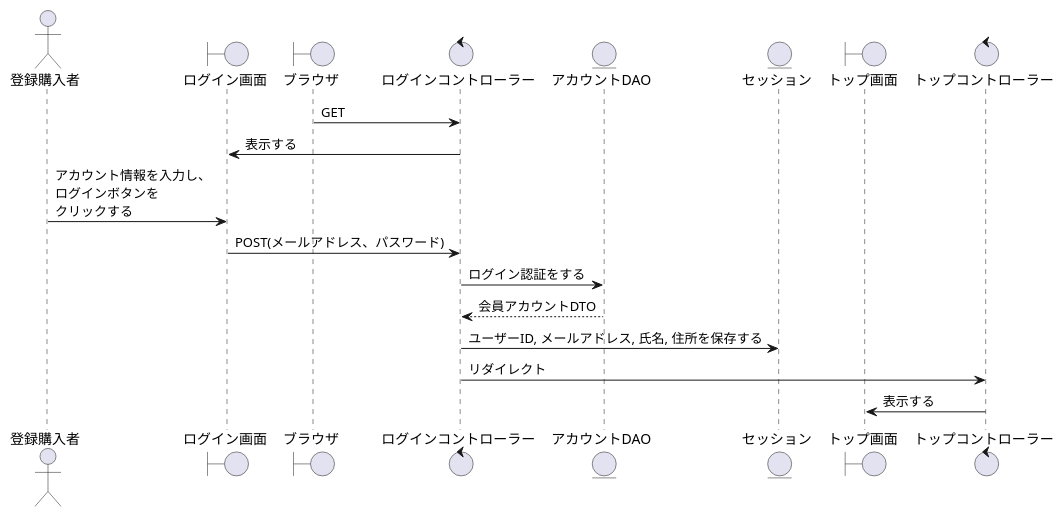
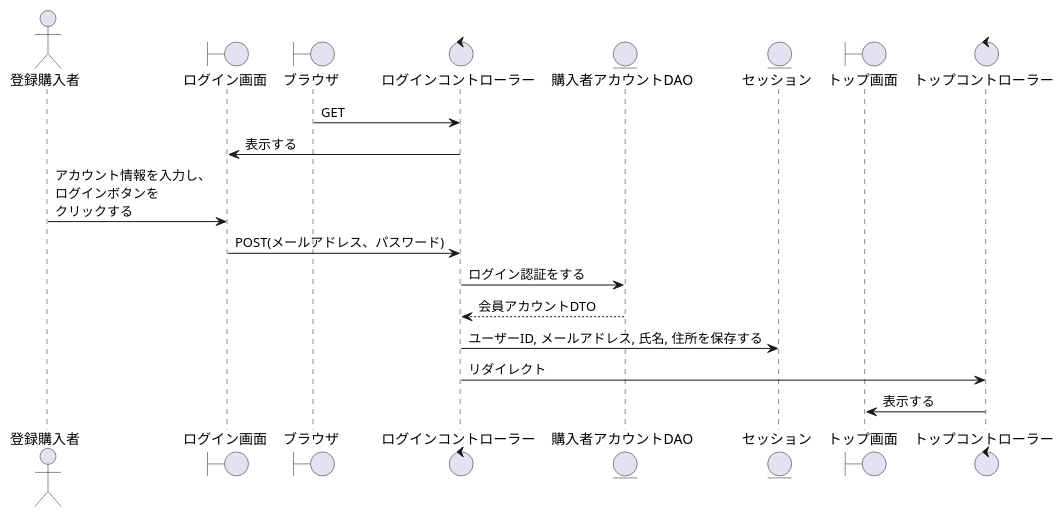
Before and after one commit to SK-B-S/PJ: the diagram in PJ_シーケンス/購入者/ログイン.wsd, drawn with PlantUML. The commit also changed 6 other files, not shown here.

```diff
--- a/PJ_シーケンス/購入者/ログイン.wsd
+++ b/PJ_シーケンス/購入者/ログイン.wsd
@@ -1,23 +1,23 @@
 @startuml ログイン
 
 actor    "登録購入者" as act
 boundary "ログイン画面" as Login
 boundary "ブラウザ" as brz
 control  "ログインコントローラー" as Approval_c
-entity   "アカウントDAO" as Account
+entity   "購入者アカウントDAO" as Account
 entity   "セッション" as sessyon
 boundary "トップ画面" as Top
 control  "トップコントローラー" as Completion_c
 
 '-------------------------------------------------------------------------------------------
 
 brz -> Approval_c : GET
 Login <- Approval_c : 表示する
 act -> Login : アカウント情報を入力し、\nログインボタンを\nクリックする
 Login -> Approval_c : POST(メールアドレス、パスワード)
 Approval_c -> Account : ログイン認証をする
 Approval_c <-- Account : 会員アカウントDTO
 Approval_c -> sessyon : ユーザーID, メールアドレス, 氏名, 住所を保存する
 Approval_c -> Completion_c : リダイレクト
 Completion_c -> Top : 表示する
 @enduml
```
